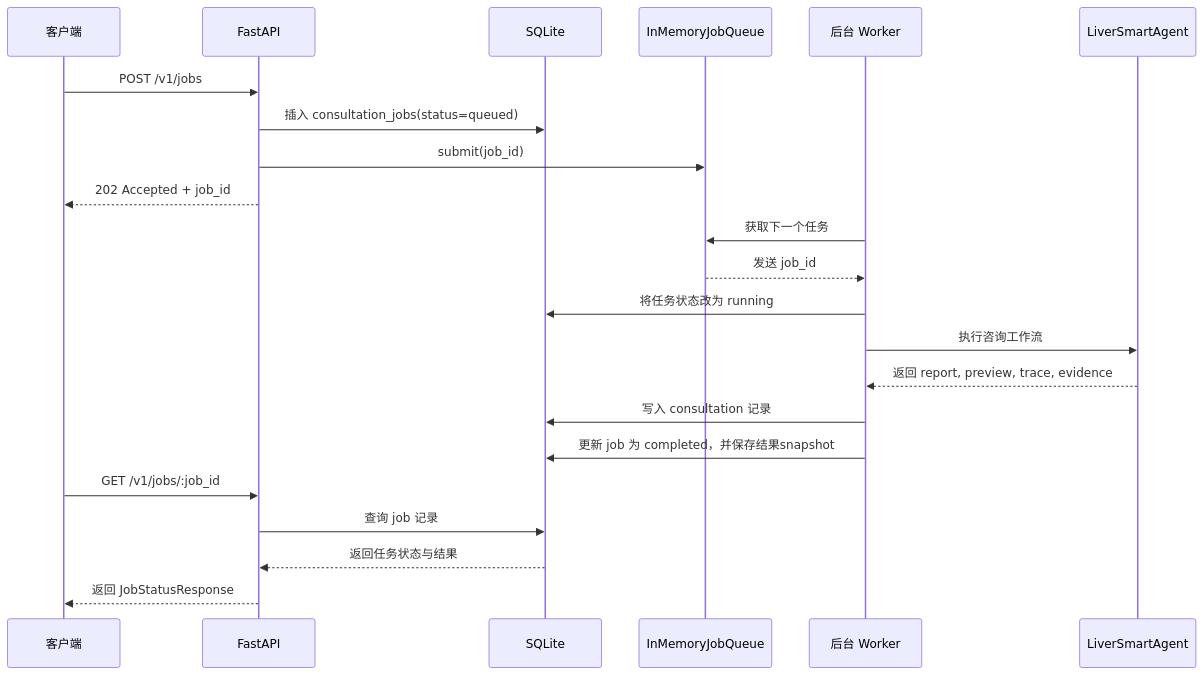
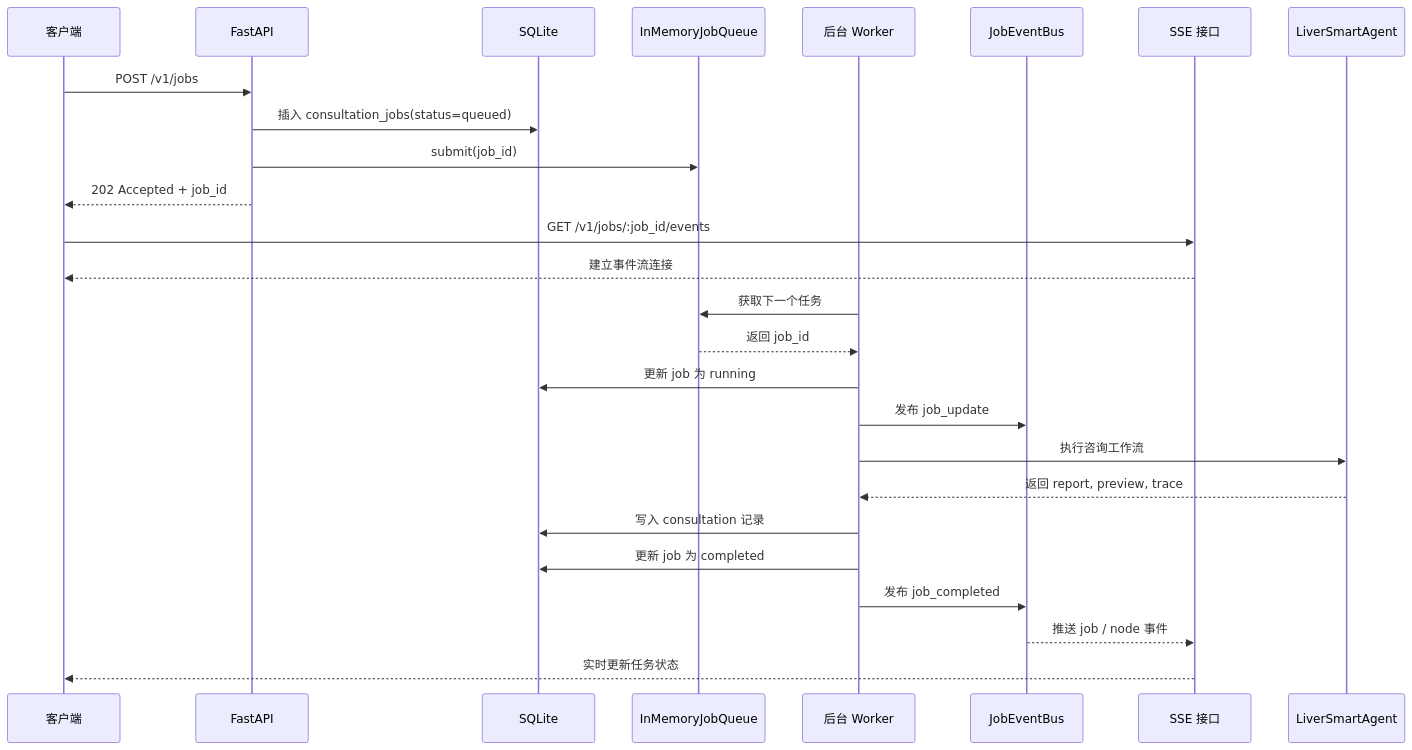
Before and after one commit to jiliguluhua/liver_rag: the fourth of 8 diagrams in docs/backend-architecture.md, drawn with Mermaid. The commit also changed other lines of this file, not shown here.

````diff
--- a/docs/backend-architecture.md
+++ b/docs/backend-architecture.md
@@ -93,27 +79,31 @@
 ```mermaid
 sequenceDiagram
     participant Client as 客户端
     participant API as FastAPI
     participant DB as SQLite
     participant Queue as InMemoryJobQueue
     participant Worker as 后台 Worker
+    participant Bus as JobEventBus
+    participant SSE as SSE 接口
     participant Agent as LiverSmartAgent
 
     Client->>API: POST /v1/jobs
     API->>DB: 插入 consultation_jobs(status=queued)
     API->>Queue: submit(job_id)
     API-->>Client: 202 Accepted + job_id
 
+    Client->>SSE: GET /v1/jobs/:job_id/events
+    SSE-->>Client: 建立事件流连接
+
     Worker->>Queue: 获取下一个任务
-    Queue-->>Worker: 发送 job_id
-    Worker->>DB: 将任务状态改为 running
+    Queue-->>Worker: 返回 job_id
+    Worker->>DB: 更新 job 为 running
+    Worker->>Bus: 发布 job_update
     Worker->>Agent: 执行咨询工作流
-    Agent-->>Worker: 返回 report, preview, trace, evidence
+    Agent-->>Worker: 返回 report, preview, trace
     Worker->>DB: 写入 consultation 记录
-    Worker->>DB: 更新 job 为 completed，并保存结果snapshot
-
-    Client->>API: GET /v1/jobs/:job_id
-    API->>DB: 查询 job 记录
-    DB-->>API: 返回任务状态与结果
-    API-->>Client: 返回 JobStatusResponse
+    Worker->>DB: 更新 job 为 completed
+    Worker->>Bus: 发布 job_completed
+    Bus-->>SSE: 推送 job / node 事件
+    SSE-->>Client: 实时更新任务状态
 ```
````
